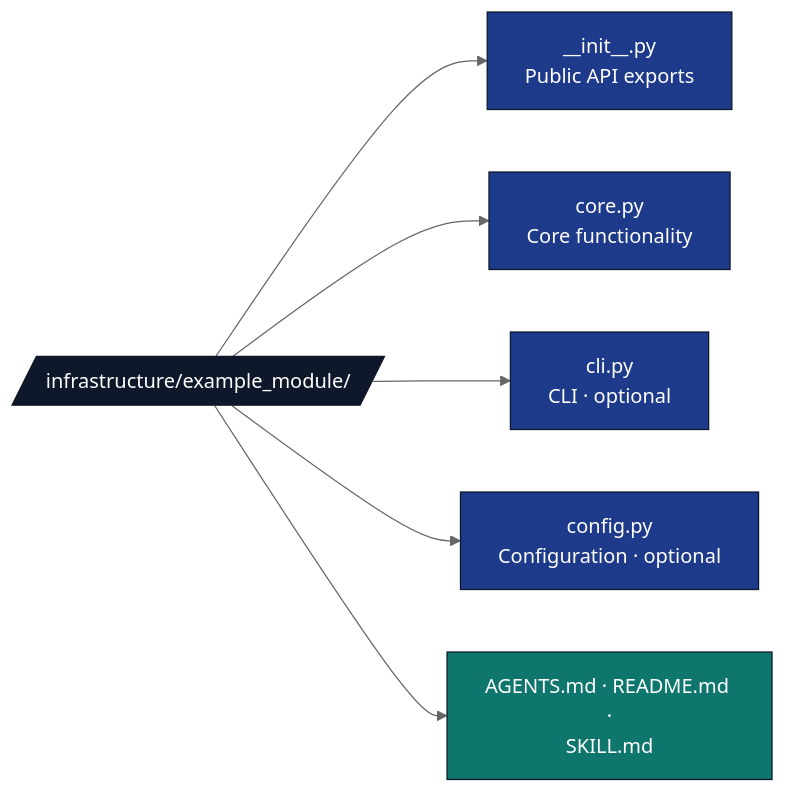
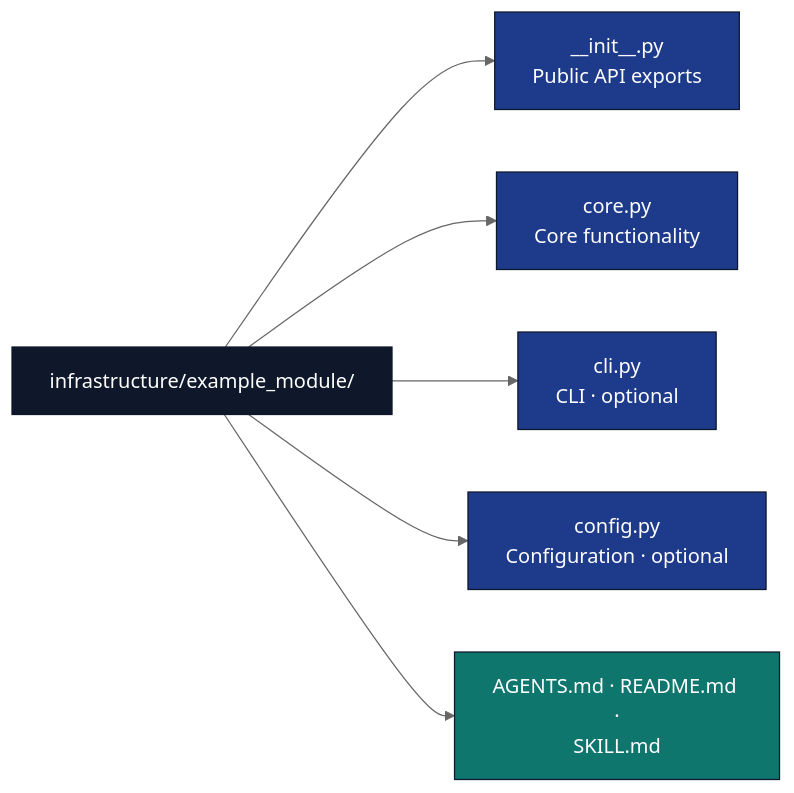
Before and after one commit to docxology/template: the third of 3 diagrams in docs/rules/infrastructure_modules.md, drawn with Mermaid (neutral theme). The commit also changed other lines of this file and 94 other files, not shown here.

````diff
--- a/docs/rules/infrastructure_modules.md
+++ b/docs/rules/infrastructure_modules.md
@@ -302,16 +302,16 @@
 ```mermaid
 flowchart LR
-    M[/infrastructure/example_module//]
+    M[infrastructure/example_module/]
     M --> INIT[__init__.py<br/>Public API exports]
     M --> CORE[core.py<br/>Core functionality]
     M --> CLI[cli.py<br/>CLI · optional]
     M --> CFG[config.py<br/>Configuration · optional]
     M --> DOCS[AGENTS.md · README.md ·<br/>SKILL.md]
 
     classDef d fill:#0f172a,stroke:#0f172a,color:#fff
     classDef code fill:#1e3a8a,stroke:#0f172a,color:#fff
     classDef doc fill:#0f766e,stroke:#0f172a,color:#fff
     class M d
     class INIT,CORE,CLI,CFG code
     class DOCS doc
 ```
````
